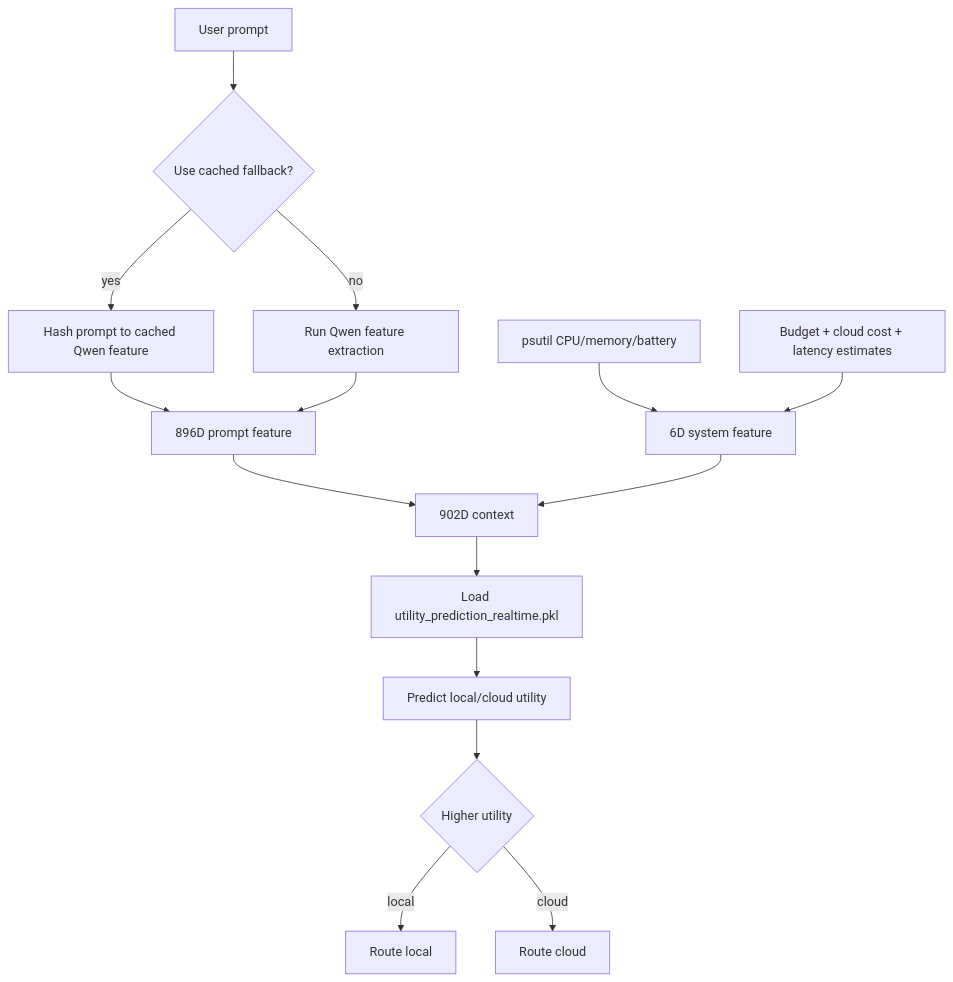
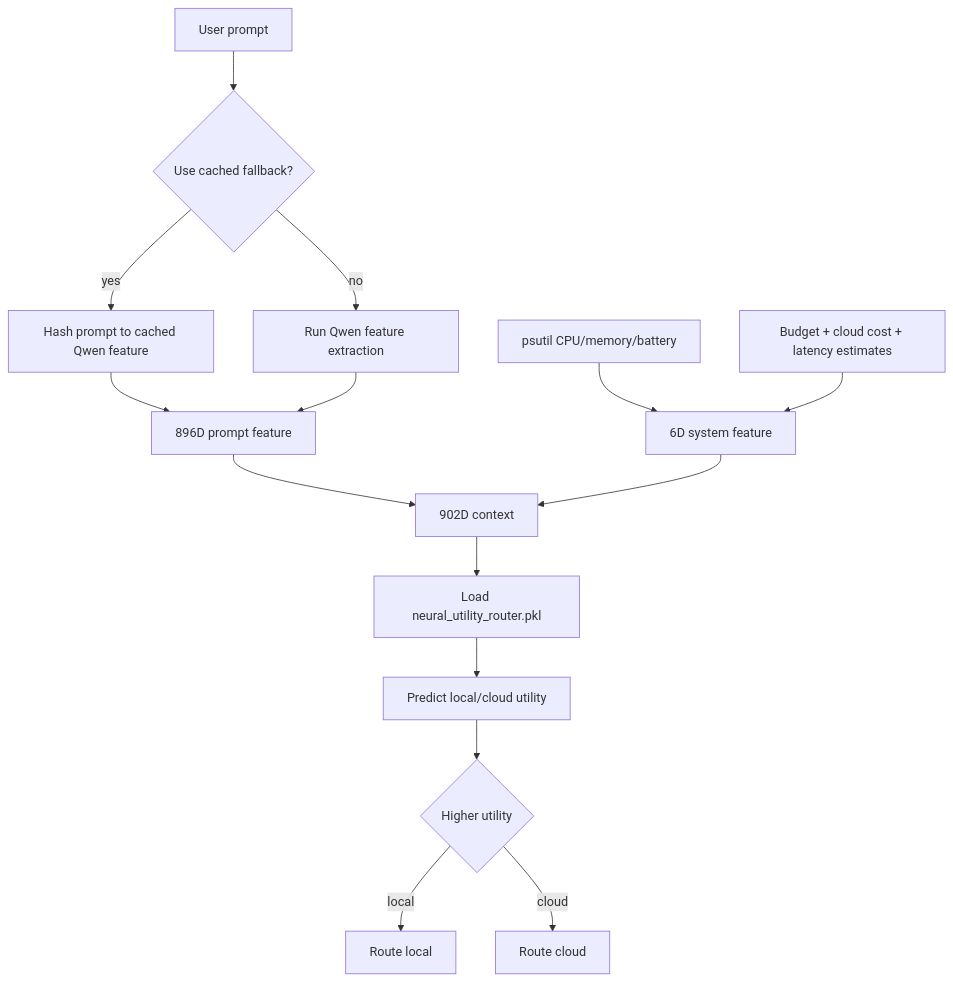
One commit to YiranWen/adaptive-llm-routing-gateway changed the eighth of 8 diagrams in docs/project_walkthrough.md. Above: the diagram before and after it, drawn with Mermaid. The commit also changed other lines of this file and 5 other files, not shown here.

Commit message:
Use neural utility router in demo and gateway

````diff
--- a/docs/project_walkthrough.md
+++ b/docs/project_walkthrough.md
@@ -769,17 +769,17 @@
 ```mermaid
 flowchart TD
     A["User prompt"] --> B{"Use cached fallback?"}
     B -->|yes| C["Hash prompt to cached Qwen feature"]
     B -->|no| D["Run Qwen feature extraction"]
     C --> E["896D prompt feature"]
     D --> E
     F["psutil CPU/memory/battery"] --> G["6D system feature"]
     H["Budget + cloud cost + latency estimates"] --> G
     E --> I["902D context"]
     G --> I
-    I --> J["Load utility_prediction_realtime.pkl"]
+    I --> J["Load neural_utility_router.pkl"]
     J --> K["Predict local/cloud utility"]
     K --> L{"Higher utility"}
     L -->|local| M["Route local"]
     L -->|cloud| N["Route cloud"]
 ```
````
